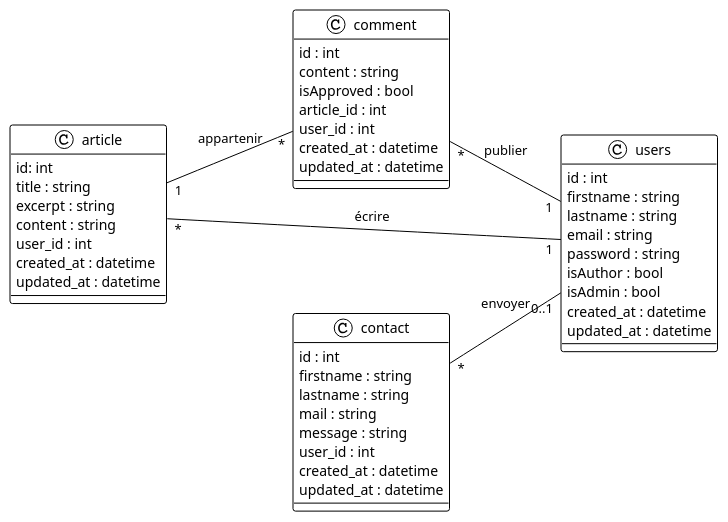
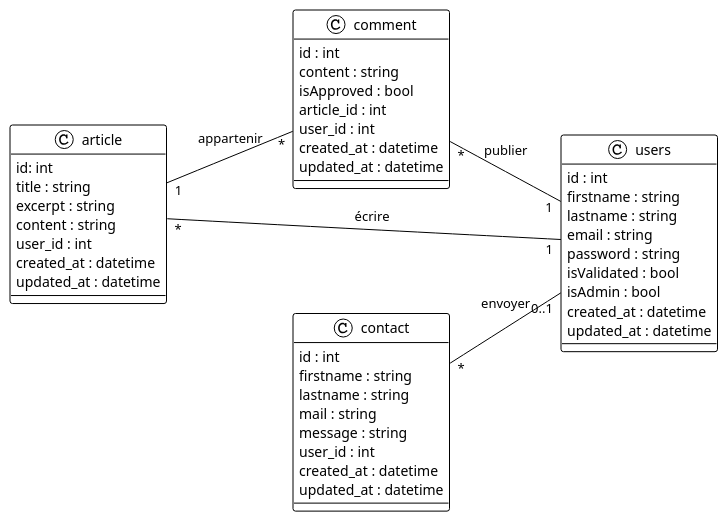
Before and after one commit to davy-beauzil/p5-blog-php: the diagram in docs/DataModel/data-model.puml, drawn with PlantUML. The commit also changed 10 other files, not shown here.

```diff
--- a/docs/DataModel/data-model.puml
+++ b/docs/DataModel/data-model.puml
@@ -1,54 +1,54 @@
 @startuml
 
 !theme plain
 left to right direction
 
 class article {
     id: int
     title : string
     excerpt : string
     content : string
     user_id : int
     created_at : datetime
     updated_at : datetime
 }
 
 class comment {
     id : int
     content : string
     isApproved : bool
     article_id : int
     user_id : int
     created_at : datetime
     updated_at : datetime
 }
 
 class users {
     id : int
     firstname : string
     lastname : string
     email : string
     password : string
-    isAuthor : bool
+    isValidated : bool
     isAdmin : bool
     created_at : datetime
     updated_at : datetime
 }
 
 class contact {
     id : int
     firstname : string
     lastname : string
     mail : string
     message : string
     user_id : int
     created_at : datetime
     updated_at : datetime
 }
 
 contact "*" -- "0..1" users : envoyer
 article "*" -- "1" users : écrire
 comment "*" -- "1" users : publier
 article "1" -- "*" comment : appartenir
 
 @enduml
```
